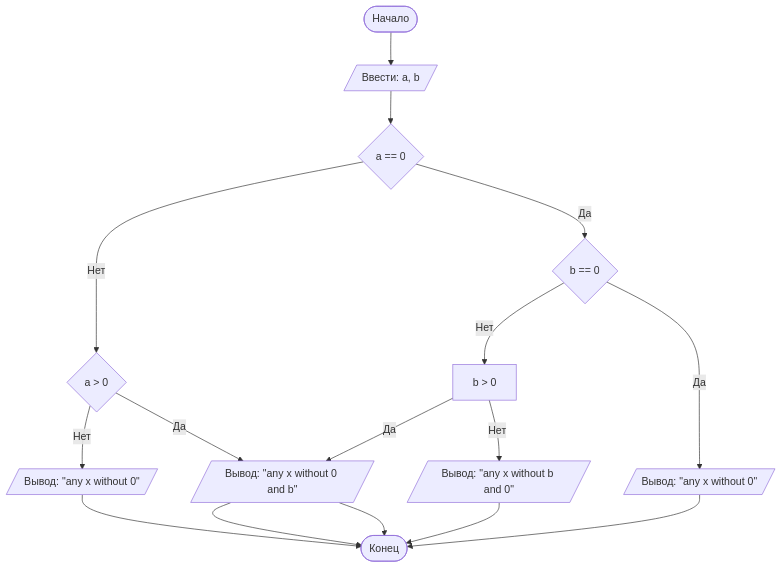
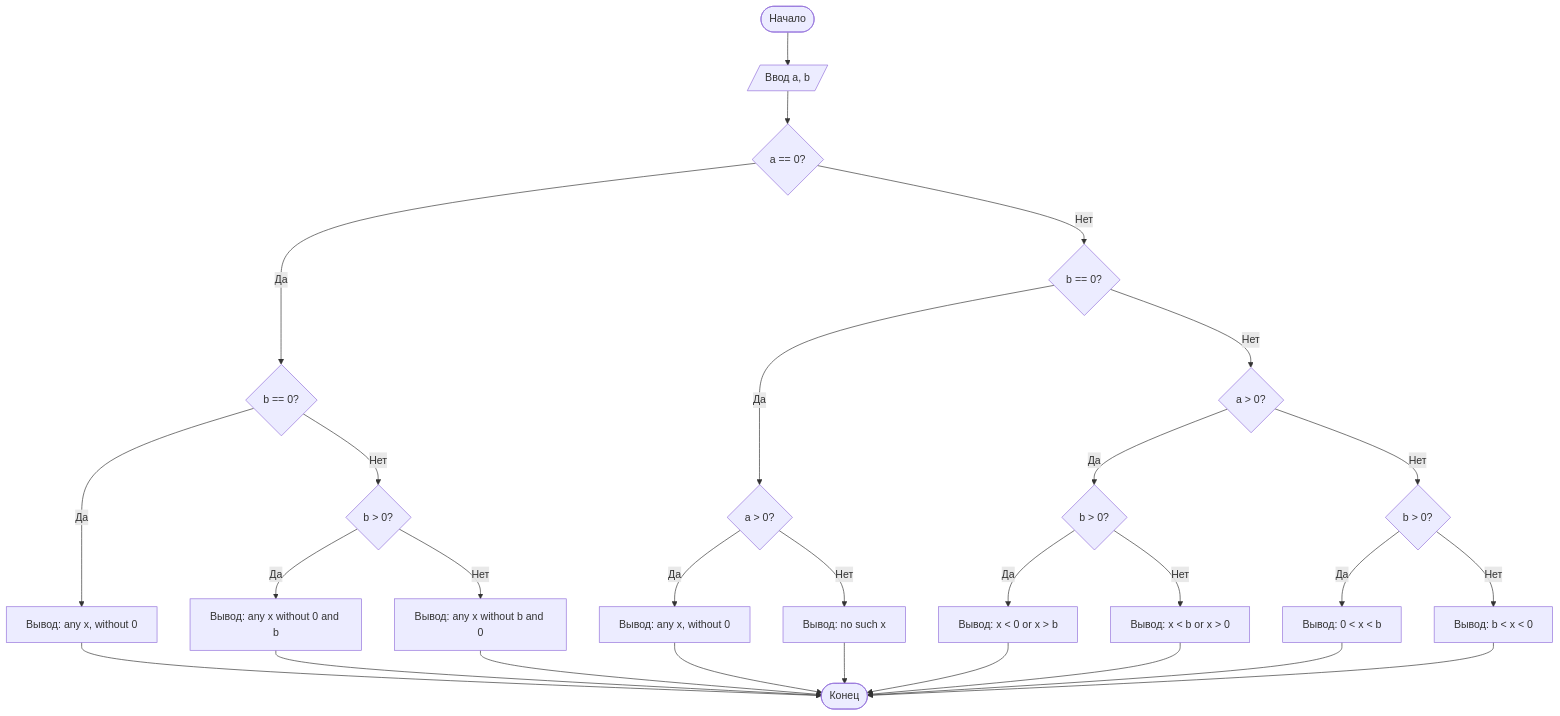
The diagram in README.md (Egormodanov/1labwork-), drawn with Mermaid before and after one commit.

````diff
--- a/README.md
+++ b/README.md
@@ -2,19 +2,32 @@
 ```mermaid
 graph TD
-    A([Начало]) --> B[/Ввести: a, b/]
-    B --> C{a == 0}
-    C -- Нет --> D{a > 0}
-    D -- Нет --> E[/Вывод: "any x without 0"/]
-    D -- Да --> H[/Вывод: y/]
-    C -- Да --> I{b == 0}
-    I -- Нет --> J[b > 0]
-    I -- Да --> K[/Вывод: "any x without 0"/]
-    J -- Да --> H[/Вывод: "any x without 0 and b"/]
-    J -- Нет --> V[/Вывод: "any x without b and 0"/]
-    V --> Z
-    H --> Z
-    K --> Z
-    H --> Z
-    E --> Z([Конец])
+    A([Начало]) --> B[/Ввод a, b/]
+    B --> C{a == 0?}
+    C -- Да --> D{b == 0?}
+    D -- Да --> E["Вывод: any x, without 0"]
+    D -- Нет --> F{b > 0?}
+    F -- Да --> G["Вывод: any x without 0 and b"]
+    F -- Нет --> H["Вывод: any x without b and 0"]
+    C -- Нет --> I{b == 0?}
+    I -- Да --> J{a > 0?}
+    J -- Да --> K["Вывод: any x, without 0"]
+    J -- Нет --> L["Вывод: no such x"]
+    I -- Нет --> M{a > 0?}
+    M -- Да --> N{b > 0?}
+    N -- Да --> O["Вывод: x < 0 or x > b"]
+    N -- Нет --> P["Вывод: x < b or x > 0"]
+    M -- Нет --> Q{b > 0?}
+    Q -- Да --> R["Вывод: 0 < x < b"]
+    Q -- Нет --> S["Вывод: b < x < 0"]
+    E --> T([Конец])
+    G --> T
+    H --> T
+    K --> T
+    L --> T
+    O --> T
+    P --> T
+    R --> T
+    S --> T
+
 
 ```
````
